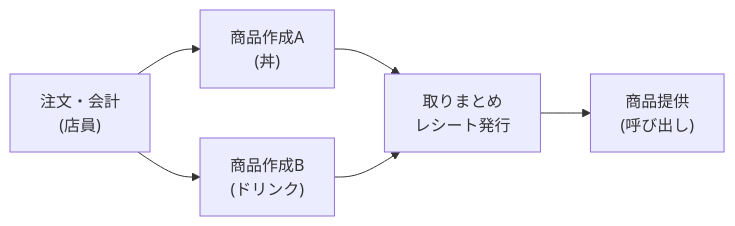
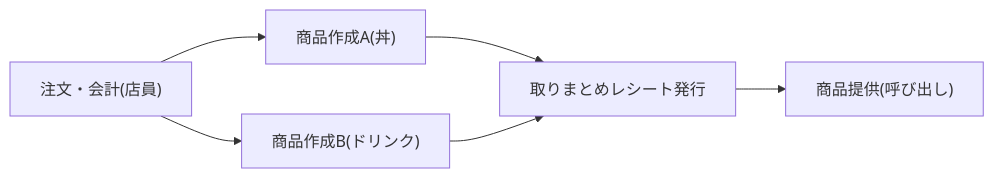
One commit to shuta1123/donburipos changed the diagram in README.md. Above: the diagram before and after it, drawn with Mermaid.

````diff
--- a/README.md
+++ b/README.md
@@ -25,14 +25,14 @@
 ```mermaid
 flowchart LR
-  Z["注文・会計\n(店員)"]
-  A["商品作成A\n(丼)"]
-  B["商品作成B\n(ドリンク)"]
-  C["取りまとめ\nレシート発行"]
-  D["商品提供\n(呼び出し)"]
+  Z["注文・会計(店員)"]
+  A["商品作成A(丼)"]
+  B["商品作成B(ドリンク)"]
+  C["取りまとめレシート発行"]
+  D["商品提供(呼び出し)"]
 
   Z --> A
   Z --> B
   A --> C
   B --> C
   C --> D
 ```
````
